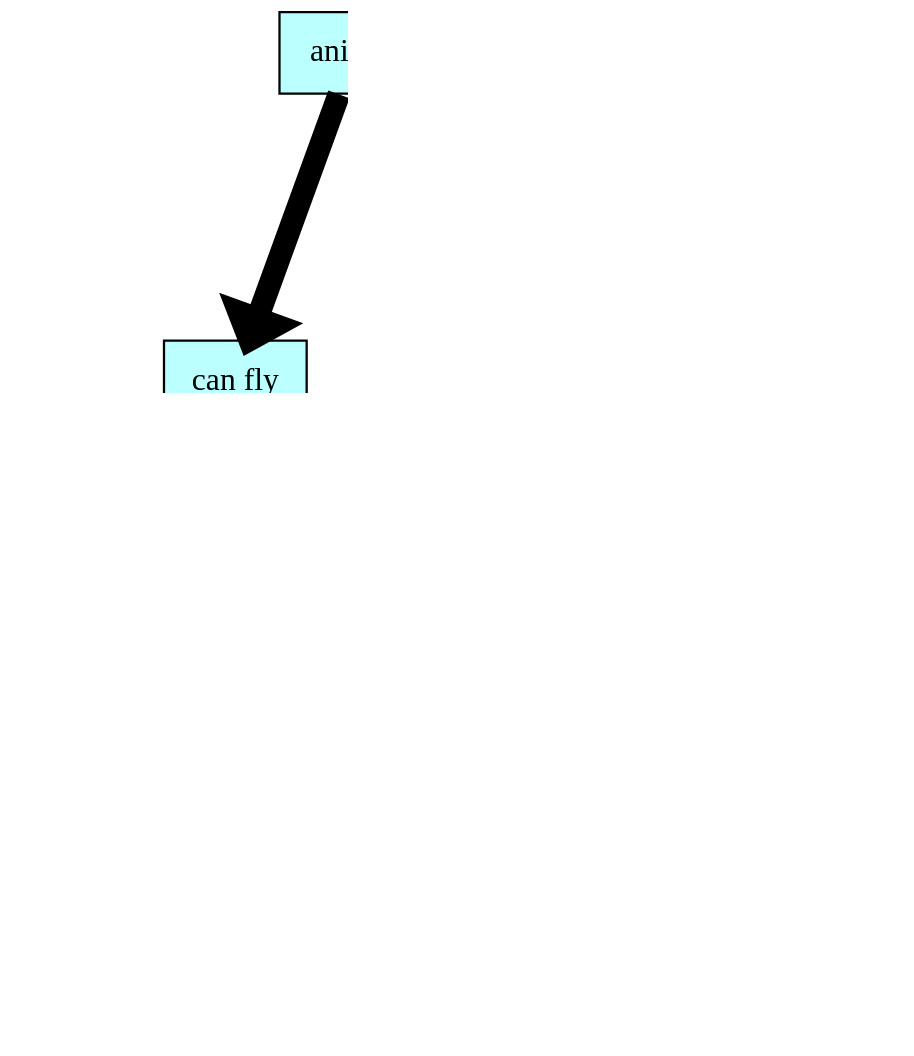
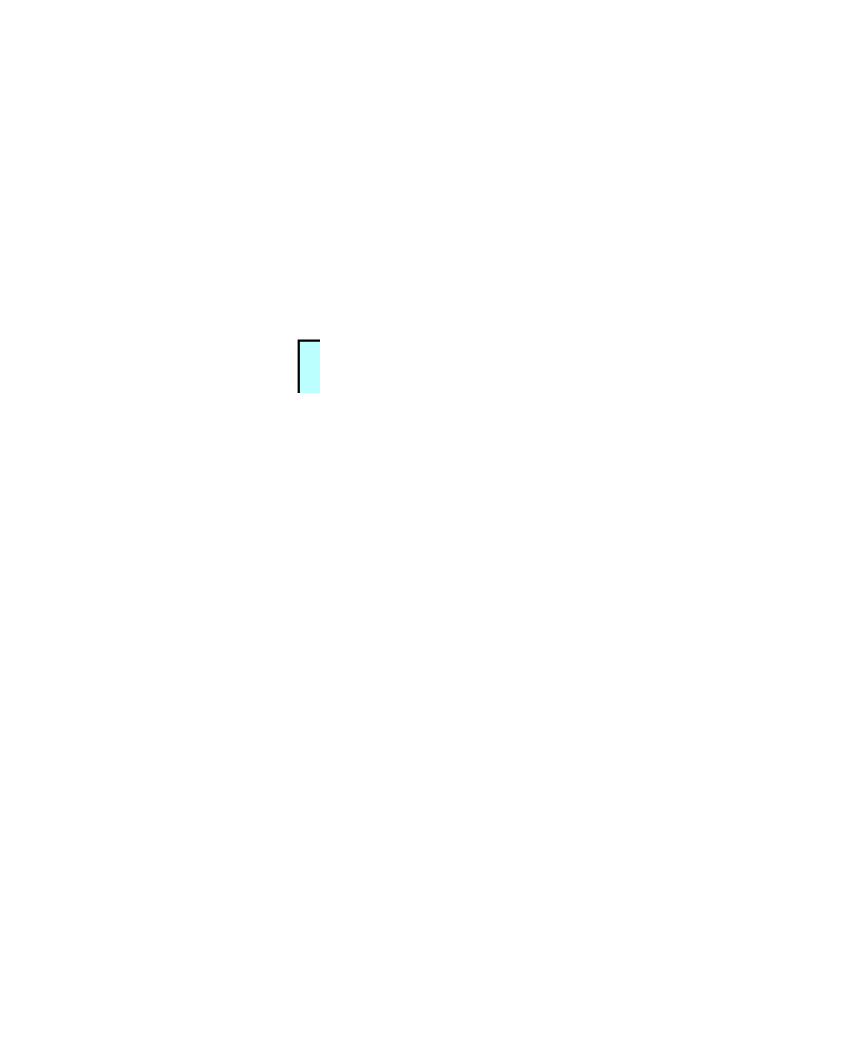
Before and after one commit to Troll0ton/Akinator3000: the diagram in dump/list_graph.dot, drawn with Graphviz. The commit also changed 8 other files, not shown here.

```diff
--- a/dump/list_graph.dot
+++ b/dump/list_graph.dot
@@ -1,38 +1,39 @@
 digraph structs {    
 rankdir = TB;        
 graph [dpi = 200];   
 ranksep = 1.5;       
 edge[penwidth = 10]; 
 cell0 [style = filled, color = black, fillcolor = paleturquoise1,
 shape=record,label = " { <ptr> animal} " ];                         
 cell1 [style = filled, color = black, fillcolor = paleturquoise1,
 shape=record,label = " { <ptr> can fly} " ];                         
 cell2 [style = filled, color = black, fillcolor = paleturquoise1,
+shape=record,label = " { <ptr> 
+no feathers} " ];                         
+cell3 [style = filled, color = black, fillcolor = paleturquoise1,
+shape=record,label = " { <ptr> insect} " ];                         
+cell4 [style = filled, color = black, fillcolor = paleturquoise1,
 shape=record,label = " { <ptr> bird} " ];                         
-cell3 [style = filled, color = black, fillcolor = paleturquoise1,
-shape=record,label = " { <ptr> cat} " ];                         
-cell4 [style = filled, color = black, fillcolor = paleturquoise1,
+cell5 [style = filled, color = black, fillcolor = paleturquoise1,
+shape=record,label = " { <ptr> fish} " ];                         
+cell6 [style = filled, color = black, fillcolor = paleturquoise1,
+shape=record,label = " { <ptr> car} " ];                         
+cell7 [style = filled, color = black, fillcolor = paleturquoise1,
+shape=record,label = " { <ptr> Lada} " ];                         
+cell8 [style = filled, color = black, fillcolor = paleturquoise1,
 shape=record,label = " { <ptr> can float} " ];                         
-cell5 [style = filled, color = black, fillcolor = paleturquoise1,
-shape=record,label = " { <ptr> alive and alive} " ];                         
-cell6 [style = filled, color = black, fillcolor = paleturquoise1,
-shape=record,label = " { <ptr> fish} " ];                         
-cell7 [style = filled, color = black, fillcolor = paleturquoise1,
-shape=record,label = " { <ptr> boat} " ];                         
-cell8 [style = filled, color = black, fillcolor = paleturquoise1,
+cell9 [style = filled, color = black, fillcolor = paleturquoise1,
+shape=record,label = " { <ptr> ship} " ];                         
+cell10 [style = filled, color = black, fillcolor = paleturquoise1,
 shape=record,label = " { <ptr> plane} " ];                         
-cell9 [style = filled, color = black, fillcolor = paleturquoise1,
-shape=record,label = " { <ptr> fly in sky} " ];                         
-cell10 [style = filled, color = black, fillcolor = paleturquoise1,
-shape=record,label = " { <ptr> car} " ];                         
 cell0 -> cell1;
 cell1 -> cell2;
-cell1 -> cell3;
-cell0 -> cell4;
-cell4 -> cell5;
-cell5 -> cell6;
-cell5 -> cell7;
-cell4 -> cell8;
+cell2 -> cell3;
+cell2 -> cell4;
+cell1 -> cell5;
+cell0 -> cell6;
+cell6 -> cell7;
+cell6 -> cell8;
 cell8 -> cell9;
 cell8 -> cell10;
 }
```
